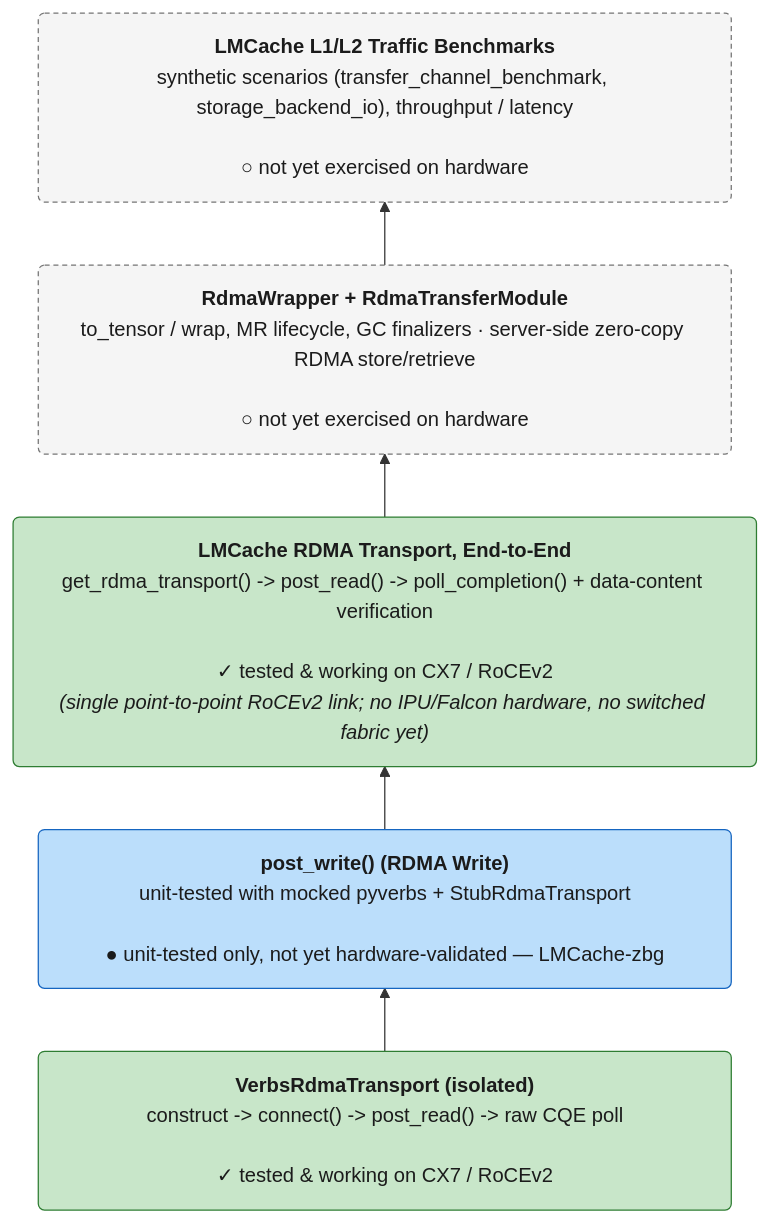
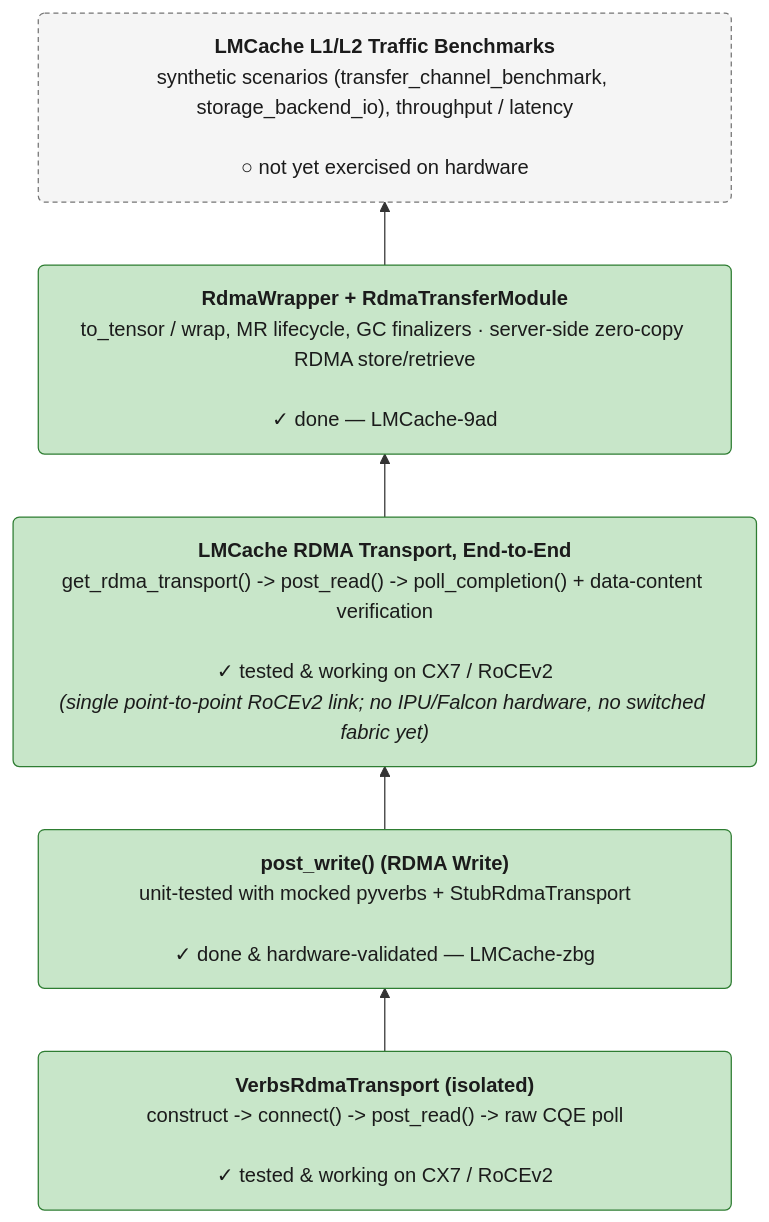
Before and after one commit to tsg-/LMCache: the diagram in docs/design/v1/platform/rdma/diagrams/rdma-validation-stack-right.mmd, drawn with Mermaid. The commit also changed 4 other files, not shown here.

First line of the commit message:
docs: fix stale cross-refs and diagram correctness issues

```diff
--- a/docs/design/v1/platform/rdma/diagrams/rdma-validation-stack-right.mmd
+++ b/docs/design/v1/platform/rdma/diagrams/rdma-validation-stack-right.mmd
@@ -1,16 +1,15 @@
 graph BT
     L2("<div style='width:520px'><b>VerbsRdmaTransport (isolated)</b><br/>construct -&gt; connect() -&gt; post_read() -&gt; raw CQE poll<br/><br/>✓ tested &amp; working on CX7 / RoCEv2</div>")
-    L2b("<div style='width:520px'><b>post_write() (RDMA Write)</b><br/>unit-tested with mocked pyverbs + StubRdmaTransport<br/><br/>● unit-tested only, not yet hardware-validated &mdash; LMCache-zbg</div>")
+    L2b("<div style='width:520px'><b>post_write() (RDMA Write)</b><br/>unit-tested with mocked pyverbs + StubRdmaTransport<br/><br/>✓ done &amp; hardware-validated &mdash; LMCache-zbg</div>")
     L3("<div style='width:560px'><b>LMCache RDMA Transport, End-to-End</b><br/>get_rdma_transport() -&gt; post_read() -&gt; poll_completion() + data-content verification<br/><br/>✓ tested &amp; working on CX7 / RoCEv2<br/><i>(single point-to-point RoCEv2 link; no IPU/Falcon hardware, no switched fabric yet)</i></div>")
-    L3b("<div style='width:520px'><b>RdmaWrapper + RdmaTransferModule</b><br/>to_tensor / wrap, MR lifecycle, GC finalizers &middot; server-side zero-copy RDMA store/retrieve<br/><br/>○ not yet exercised on hardware</div>")
+    L3b("<div style='width:520px'><b>RdmaWrapper + RdmaTransferModule</b><br/>to_tensor / wrap, MR lifecycle, GC finalizers &middot; server-side zero-copy RDMA store/retrieve<br/><br/>✓ done &mdash; LMCache-9ad</div>")
     L4("<div style='width:520px'><b>LMCache L1/L2 Traffic Benchmarks</b><br/>synthetic scenarios (transfer_channel_benchmark, storage_backend_io), throughput / latency<br/><br/>○ not yet exercised on hardware</div>")
 
     L2 --> L2b --> L3 --> L3b --> L4
 
     classDef tested fill:#c8e6c9,stroke:#2e7d32,stroke-width:1px,color:#1b1b1b
     classDef unittested fill:#bbdefb,stroke:#1565c0,stroke-width:1px,color:#1b1b1b
     classDef pending fill:#f5f5f5,stroke:#757575,stroke-width:1px,stroke-dasharray:4 3,color:#1b1b1b
 
-    class L2,L3 tested
-    class L2b unittested
-    class L3b,L4 pending
+    class L2,L3,L2b,L3b tested
+    class L4 pending
```
